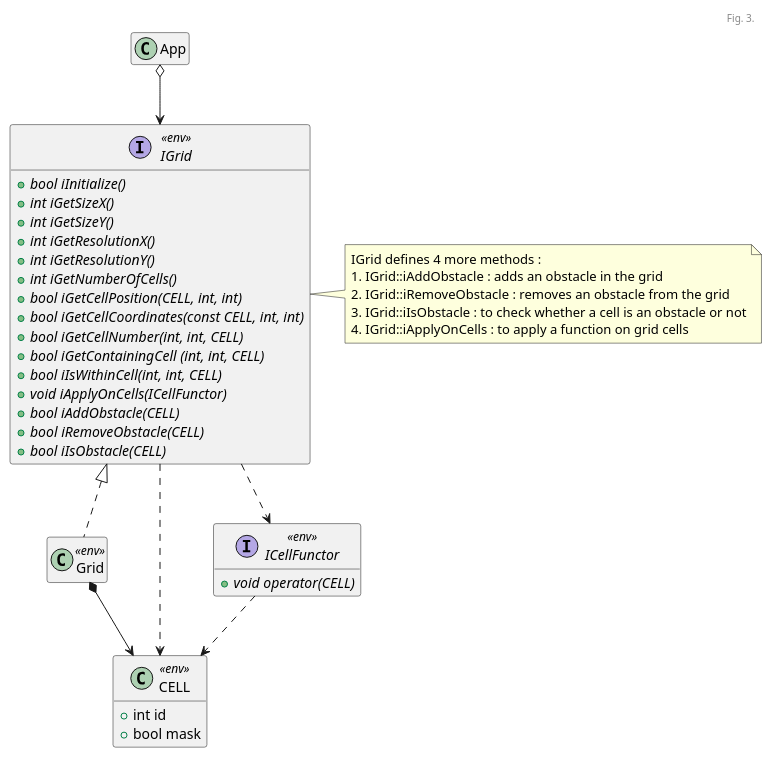
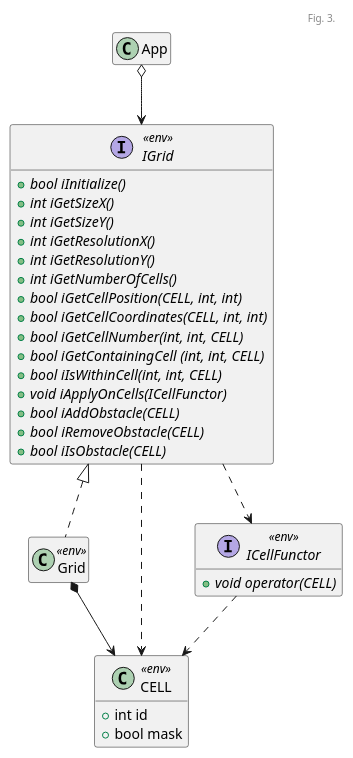
One commit to kanmeugne/kanmeugne.github.io changed the third of 4 diagrams in _posts/modsim/2020-10-04-2d-grid-obstacles.md. Above: the diagram before and after it, drawn with PlantUML. The commit also changed other lines of this file and 9 other files, not shown here.

Commit message:
add differents pics + add native uml graph

````diff
--- a/_posts/modsim/2020-10-04-2d-grid-obstacles.md
+++ b/_posts/modsim/2020-10-04-2d-grid-obstacles.md
@@ -183,46 +183,46 @@
 ```plantuml
 @startuml
 header Fig. 3.
 interface IGrid <<env>>
 {
 	+ {abstract} bool iInitialize()
 	+ {abstract} int iGetSizeX()
 	+ {abstract} int iGetSizeY()
 	+ {abstract} int iGetResolutionX()
 	+ {abstract} int iGetResolutionY()
 	+ {abstract} int iGetNumberOfCells()
 	+ {abstract} bool iGetCellPosition(CELL, int, int)
-	+ {abstract} bool iGetCellCoordinates(const CELL, int, int)
+	+ {abstract} bool iGetCellCoordinates(CELL, int, int)
 	+ {abstract} bool iGetCellNumber(int, int, CELL)
 	+ {abstract} bool iGetContainingCell (int, int, CELL)
 	+ {abstract} bool iIsWithinCell(int, int, CELL)
 	+ {abstract} void iApplyOnCells(ICellFunctor)
 	+ {abstract} bool iAddObstacle(CELL)
 	+ {abstract} bool iRemoveObstacle(CELL)
 	+ {abstract} bool iIsObstacle(CELL)
 }
-note right
-    IGrid defines 4 more methods :
-    1. IGrid::iAddObstacle : adds an obstacle in the grid
-    2. IGrid::iRemoveObstacle : removes an obstacle from the grid
-    3. IGrid::iIsObstacle : to check whether a cell is an obstacle or not
-    4. IGrid::iApplyOnCells : to apply a function on grid cells
-end note
+' note right
+'     IGrid defines 4 more methods :
+'     1. IGrid::iAddObstacle : adds an obstacle in the grid
+'     2. IGrid::iRemoveObstacle : removes an obstacle from the grid
+'     3. IGrid::iIsObstacle : to check whether a cell is an obstacle or not
+'     4. IGrid::iApplyOnCells : to apply a function on grid cells
+' end note
 class Grid <<env>> implements IGrid
 class CELL <<env>> 
 {
     + int id
     + bool mask
 }
 interface ICellFunctor <<env>>
 {
     + {abstract} void operator(CELL)
 }
 ICellFunctor ..> CELL
 IGrid ..> ICellFunctor
 IGrid ..> CELL
 App o--> IGrid
 Grid *--> CELL
 hide empty members
 @enduml
 ```
````
